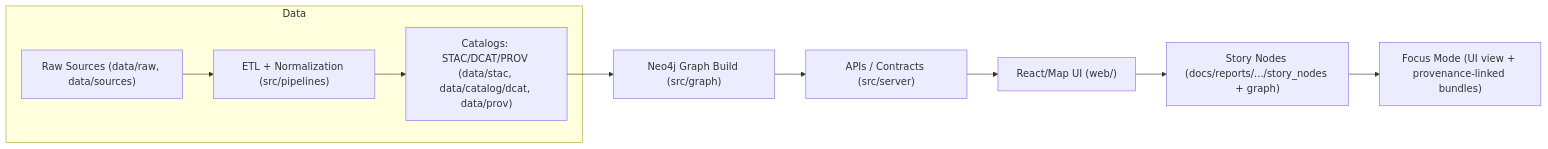
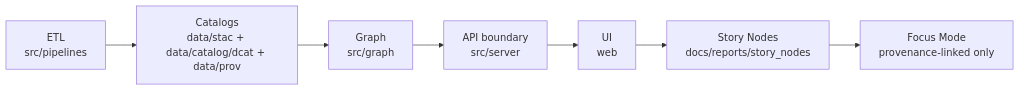
Before and after one commit to bartytime4life/Kansas-Frontier-Matrix: the diagram in src/README.md, drawn with Mermaid. The commit also changed other lines of this file, not shown here.

```diff
--- a/src/README.md
+++ b/src/README.md
@@ -124,13 +180,9 @@
 ~~~mermaid
 flowchart LR
-  subgraph Data
-    A["Raw Sources (data/raw, data/sources)"] --> B["ETL + Normalization (src/pipelines)"]
-    B --> C["Catalogs: STAC/DCAT/PROV (data/stac, data/catalog/dcat, data/prov)"]
-  end
-
-  C --> D["Neo4j Graph Build (src/graph)"]
-  D --> E["APIs / Contracts (src/server)"]
-  E --> F["React/Map UI (web/)"]
-  F --> G["Story Nodes (docs/reports/.../story_nodes + graph)"]
-  G --> H["Focus Mode (UI view + provenance-linked bundles)"]
+  A[ETL<br/>src/pipelines] --> B[Catalogs<br/>data/stac + data/catalog/dcat + data/prov]
+  B --> C[Graph<br/>src/graph]
+  C --> D[API boundary<br/>src/server]
+  D --> E[UI<br/>web]
+  E --> F[Story Nodes<br/>docs/reports/story_nodes]
+  F --> G[Focus Mode<br/>provenance-linked only]
 ~~~
```
